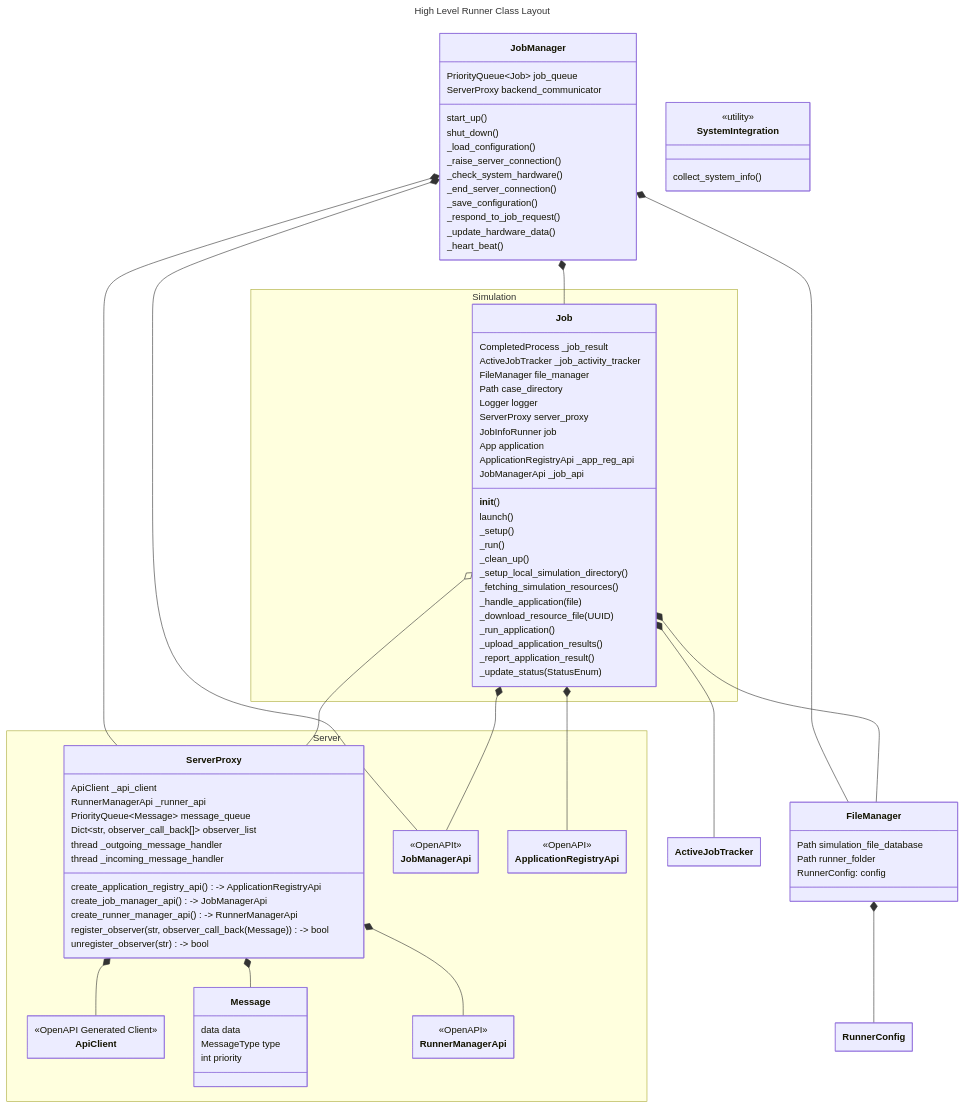
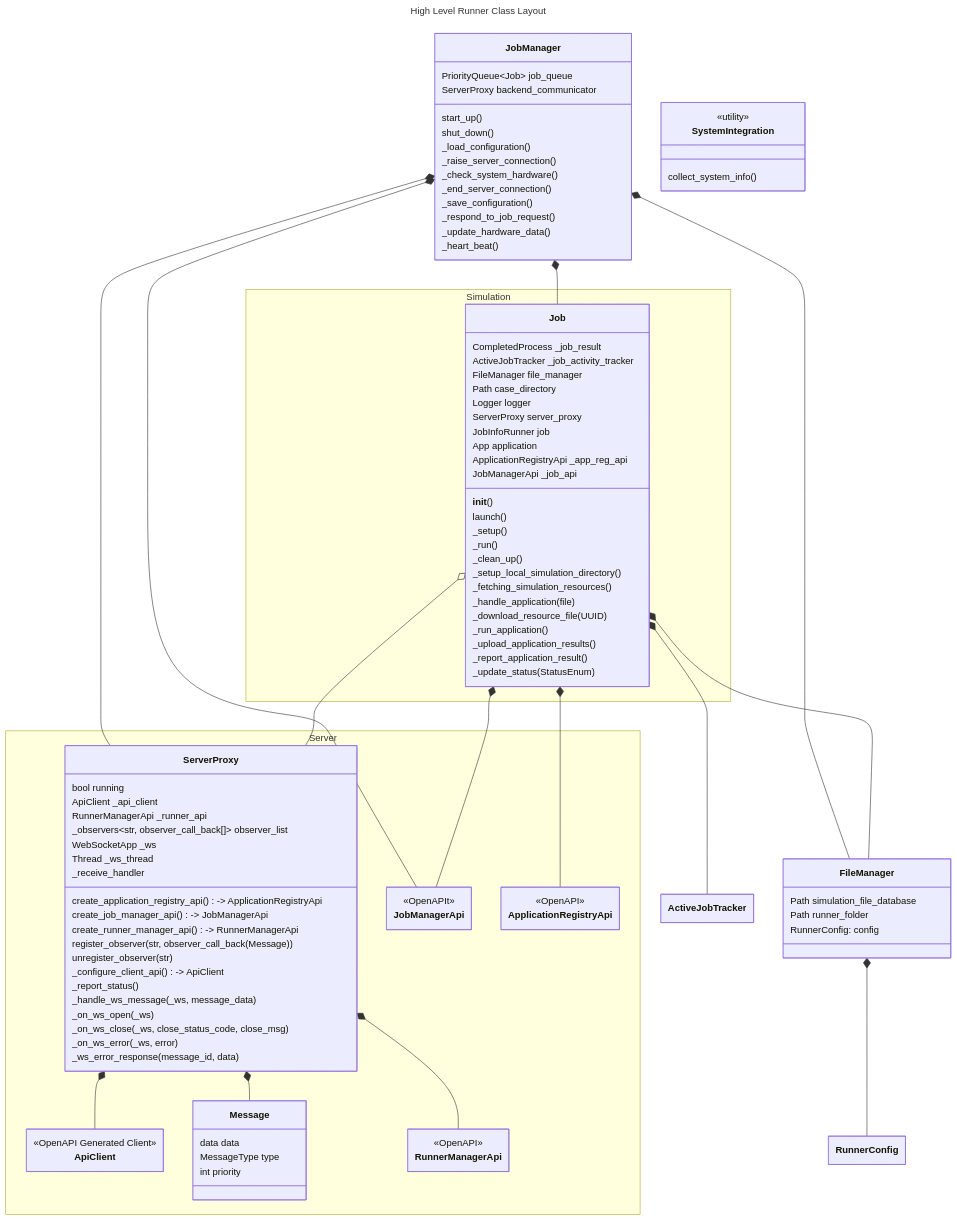
One commit to fyn-tech/fyn-runner changed the diagram in docs/primary_design.md. Above: the diagram before and after it, drawn with Mermaid.

Commit message:
- further updates.

```diff
--- a/docs/primary_design.md
+++ b/docs/primary_design.md
@@ -185,20 +185,38 @@
 
   namespace Server {
     class ServerProxy {
-      %% Attributes:
+      
+      %% Status Attributes:
+      bool running
+
+      %% HTTP Attributes:
       ApiClient _api_client
       RunnerManagerApi _runner_api
-      PriorityQueue~Message~ message_queue
-      Dict~str, observer_call_back[]~ observer_list
-      thread _outgoing_message_handler
-      thread _incoming_message_handler
 
-      %% Method:
+      %% Web Socekt Attributes:
+      _observers~str, observer_call_back[]~ observer_list
+      WebSocketApp _ws
+      Thread _ws_thread
+
+      %% Interface:
       create_application_registry_api() -> ApplicationRegistryApi
       create_job_manager_api() -> JobManagerApi
       create_runner_manager_api() -> RunnerManagerApi
-      register_observer(str, observer_call_back(Message)) -> bool
-      unregister_observer(str) -> bool
+      register_observer(str, observer_call_back(Message))
+      unregister_observer(str)
+      
+      %% HTTP Backend:
+      _configure_client_api() -> ApiClient
+      _report_status()
+
+      %% Web Socket Backend 
+      _receive_handler
+      _handle_ws_message(_ws, message_data)
+      _on_ws_open(_ws)
+      _on_ws_close(_ws, close_status_code, close_msg)
+      _on_ws_error(_ws, error)
+      _ws_error_response(message_id, data)
+
     }
 
     class ApiClient {
```
